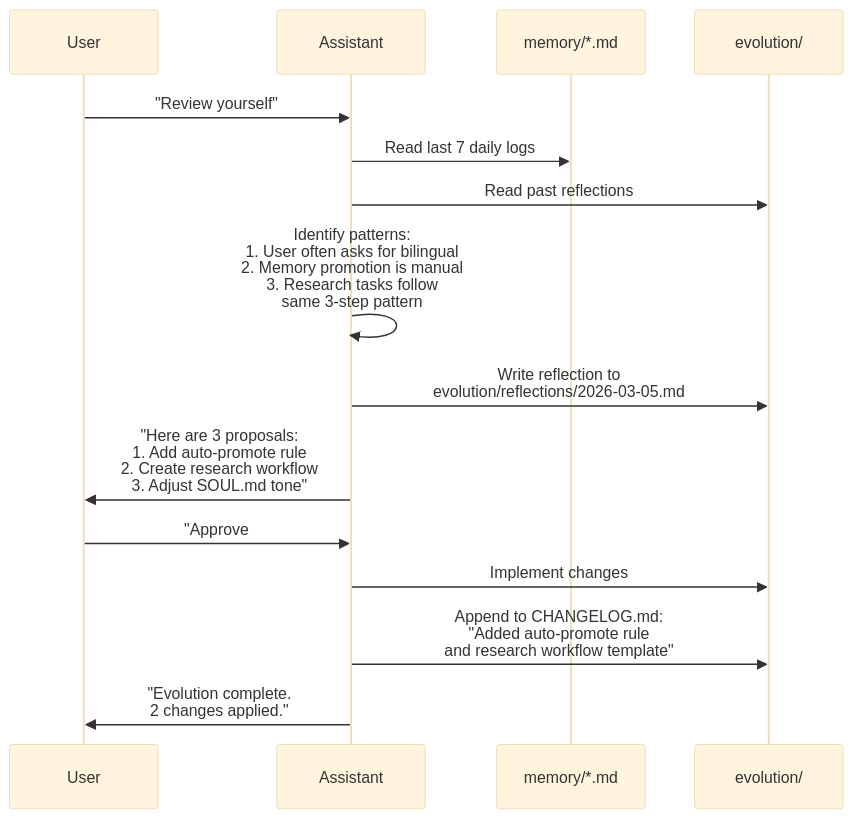
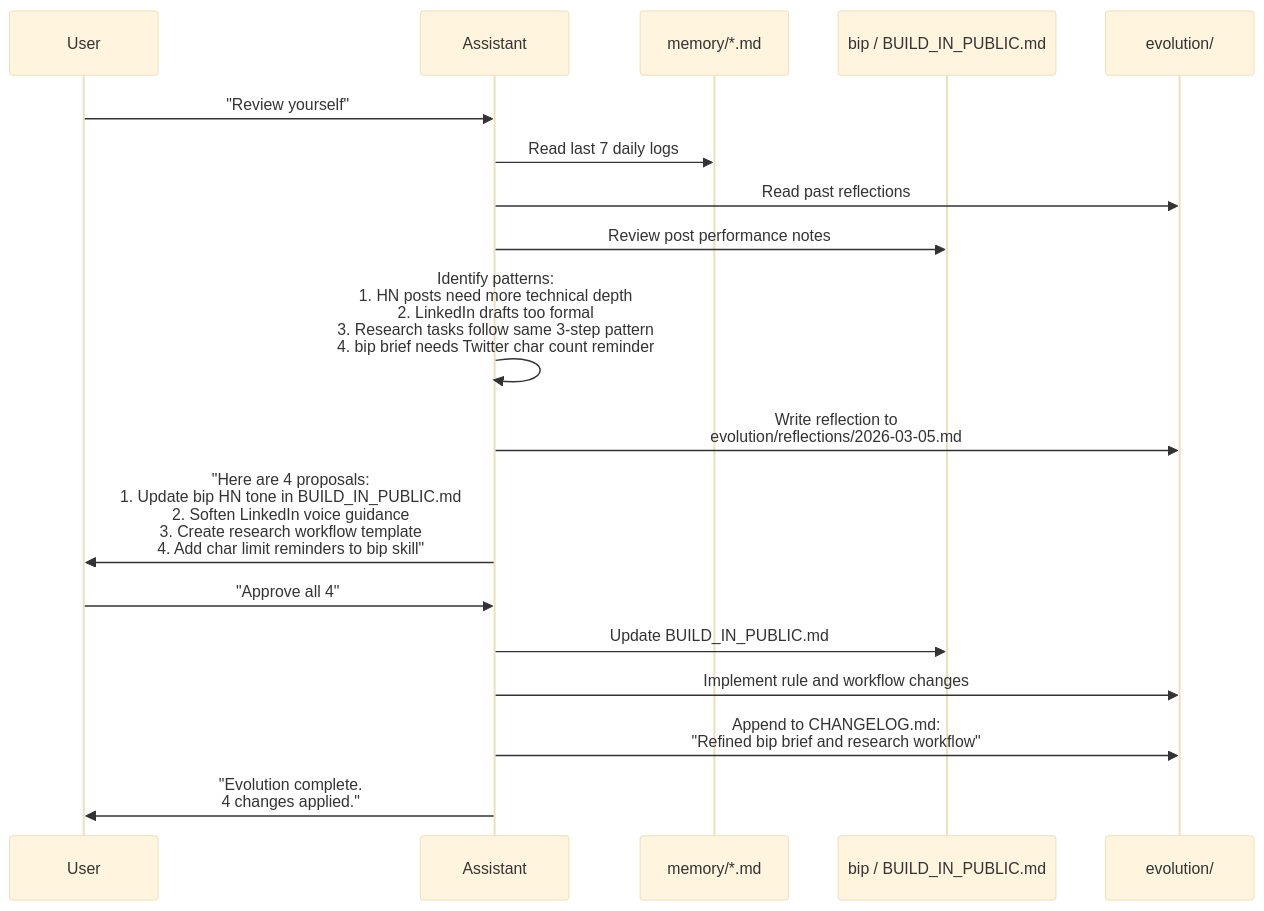
One commit to cynthialmy/cynthialmy.github.io changed the eighth of 10 diagrams in _posts/2026-02-27-self-evolving-ai-assistant.md. Above: the diagram before and after it, drawn with Mermaid (base theme). The commit also changed other lines of this file and 1 other file, not shown here.

Commit message:
added  bip npm build

````diff
--- a/_posts/2026-02-27-self-evolving-ai-assistant.md
+++ b/_posts/2026-02-27-self-evolving-ai-assistant.md
@@ -400,18 +458,21 @@
 ```mermaid
 sequenceDiagram
     participant User
     participant Assistant
     participant Logs as memory/*.md
+    participant BIP as bip / BUILD_IN_PUBLIC.md
     participant Evo as evolution/
 
     User->>Assistant: "Review yourself"
     Assistant->>Logs: Read last 7 daily logs
     Assistant->>Evo: Read past reflections
-    Assistant->>Assistant: Identify patterns:<br/>1. User often asks for bilingual<br/>2. Memory promotion is manual<br/>3. Research tasks follow<br/>same 3-step pattern
+    Assistant->>BIP: Review post performance notes
+    Assistant->>Assistant: Identify patterns:<br/>1. HN posts need more technical depth<br/>2. LinkedIn drafts too formal<br/>3. Research tasks follow same 3-step pattern<br/>4. bip brief needs Twitter char count reminder
     Assistant->>Evo: Write reflection to<br/>evolution/reflections/2026-03-05.md
-    Assistant->>User: "Here are 3 proposals:<br/>1. Add auto-promote rule<br/>2. Create research workflow<br/>3. Adjust SOUL.md tone"
-    User->>Assistant: "Approve #1 and #2,<br/>skip #3"
-    Assistant->>Evo: Implement changes
-    Assistant->>Evo: Append to CHANGELOG.md:<br/>"Added auto-promote rule<br/>and research workflow template"
-    Assistant->>User: "Evolution complete.<br/>2 changes applied."
+    Assistant->>User: "Here are 4 proposals:<br/>1. Update bip HN tone in BUILD_IN_PUBLIC.md<br/>2. Soften LinkedIn voice guidance<br/>3. Create research workflow template<br/>4. Add char limit reminders to bip skill"
+    User->>Assistant: "Approve all 4"
+    Assistant->>BIP: Update BUILD_IN_PUBLIC.md
+    Assistant->>Evo: Implement rule and workflow changes
+    Assistant->>Evo: Append to CHANGELOG.md:<br/>"Refined bip brief and research workflow"
+    Assistant->>User: "Evolution complete.<br/>4 changes applied."
 ```
````
